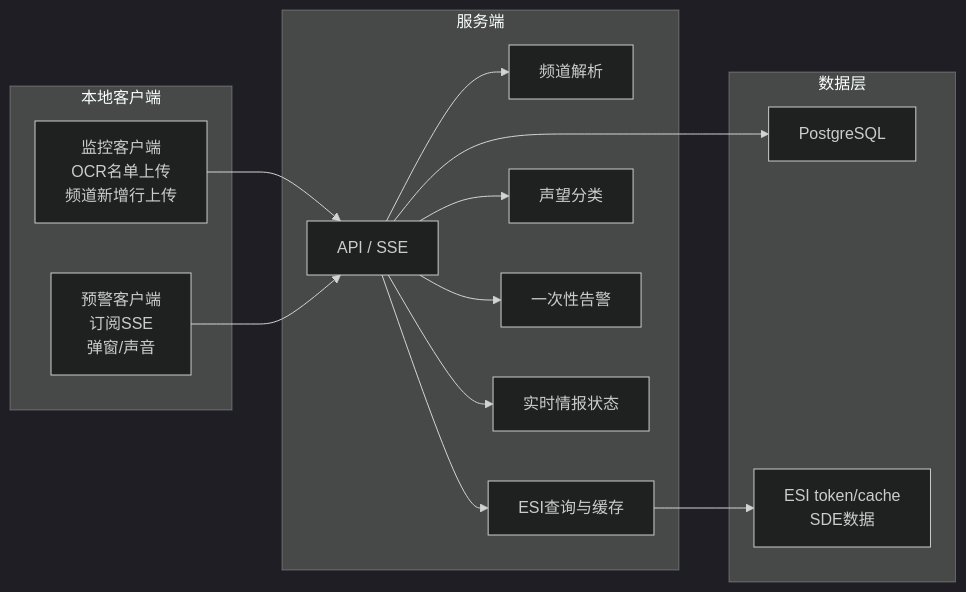
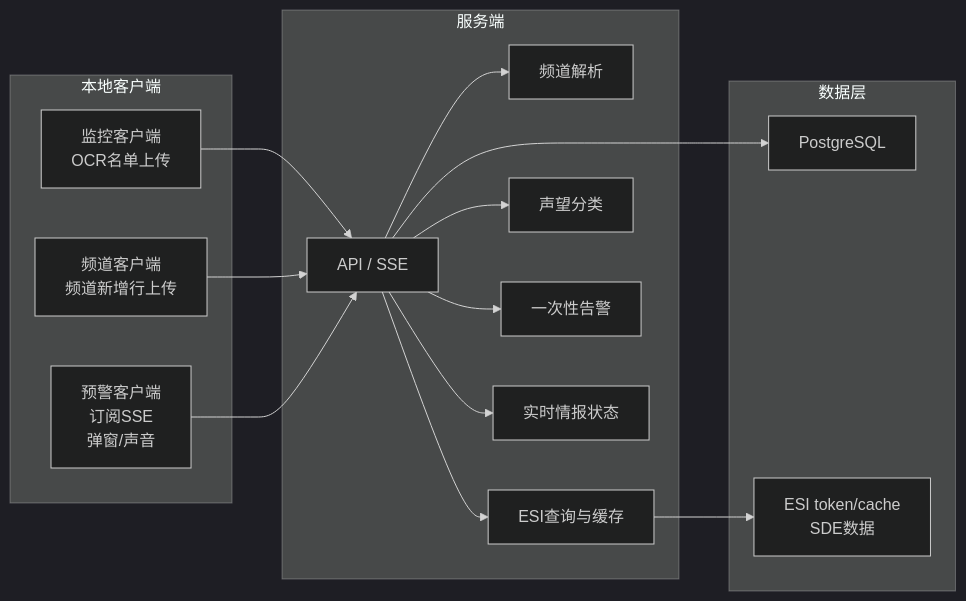
The first of 7 diagrams in docs/intel-workflows.md (xiaqijun/eve-sentry), drawn with Mermaid (dark theme) before and after one commit. The commit also changed other lines of this file and 9 other files, not shown here.

Commit message:
feat: remove channel monitoring from detector client

````diff
--- a/docs/intel-workflows.md
+++ b/docs/intel-workflows.md
@@ -22,31 +23,33 @@
 ```mermaid
 flowchart LR
   subgraph Local["本地客户端"]
-    Detector["监控客户端\nOCR名单上传\n频道新增行上传"]
+    Detector["监控客户端\nOCR名单上传"]
+    ChannelClient["频道客户端\n频道新增行上传"]
     AlertClient["预警客户端\n订阅SSE\n弹窗/声音"]
   end
 
   subgraph Server["服务端"]
     API["API / SSE"]
     Parser["频道解析"]
     ESI["ESI查询与缓存"]
     Classifier["声望分类"]
     Alerts["一次性告警"]
     Active["实时情报状态"]
   end
 
   subgraph Data["数据层"]
     DB["PostgreSQL"]
     Runtime["ESI token/cache\nSDE数据"]
   end
 
   Detector --> API
+  ChannelClient --> API
   AlertClient --> API
   API --> Parser
   API --> ESI
   API --> Classifier
   API --> Alerts
   API --> Active
   API --> DB
   ESI --> Runtime
 ```
````
